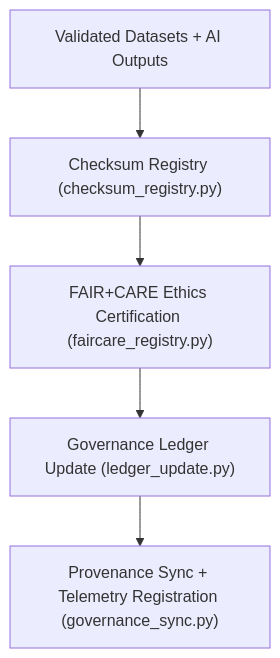
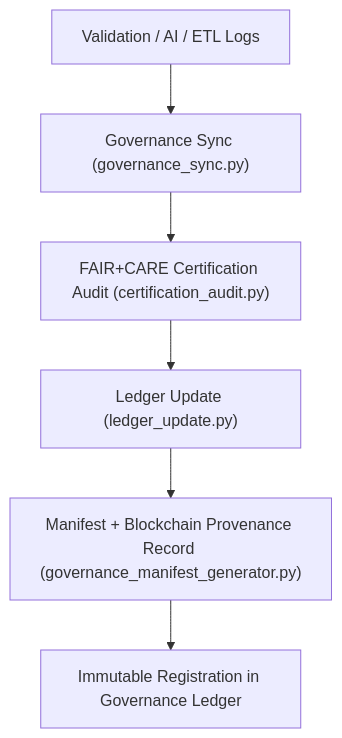
One commit to bartytime4life/Kansas-Frontier-Matrix changed the diagram in tools/governance/README.md. Above: the diagram before and after it, drawn with Mermaid. The commit also changed other lines of this file, not shown here.

First line of the commit message:
Update README for v9.6.0 governance tools

````diff
--- a/tools/governance/README.md
+++ b/tools/governance/README.md
@@ -69,7 +64,8 @@
 ```mermaid
 flowchart TD
-    A["Validated Datasets + AI Outputs"] --> B["Checksum Registry (checksum_registry.py)"]
-    B --> C["FAIR+CARE Ethics Certification (faircare_registry.py)"]
-    C --> D["Governance Ledger Update (ledger_update.py)"]
-    D --> E["Provenance Sync + Telemetry Registration (governance_sync.py)"]
+    A["Validation / AI / ETL Logs"] --> B["Governance Sync (governance_sync.py)"]
+    B --> C["FAIR+CARE Certification Audit (certification_audit.py)"]
+    C --> D["Ledger Update (ledger_update.py)"]
+    D --> E["Manifest + Blockchain Provenance Record (governance_manifest_generator.py)"]
+    E --> F["Immutable Registration in Governance Ledger"]
 ```
````
